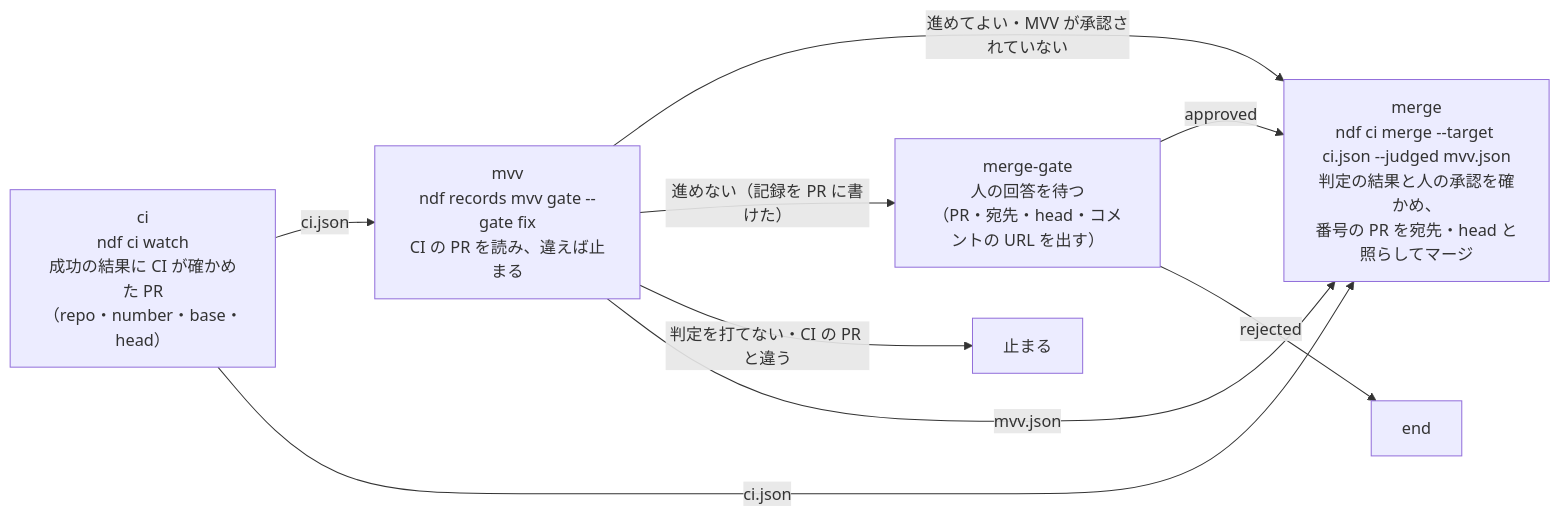
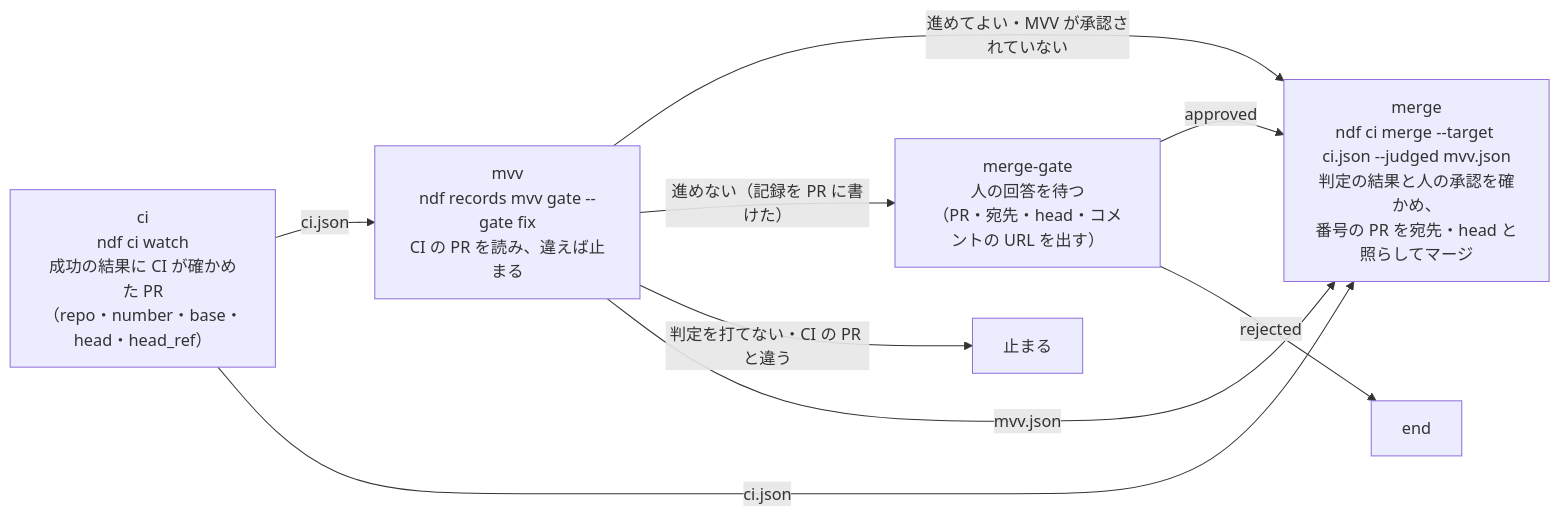
The second of 3 diagrams in issues/issue-4104-design.md (devbasex/ai-plugins), drawn with Mermaid before and after one commit. The commit also changed other lines of this file and 1 other file, not shown here.

````diff
--- a/issues/issue-4104-design.md
+++ b/issues/issue-4104-design.md
@@ -41,11 +41,11 @@
 ```mermaid
 flowchart LR
-  CI["ci<br/>ndf ci watch<br/>成功の結果に CI が確かめた PR<br/>（repo・number・base・head）"] -->|ci.json| J["mvv<br/>ndf records mvv gate --gate fix<br/>CI の PR を読み、違えば止まる"]
+  CI["ci<br/>ndf ci watch<br/>成功の結果に CI が確かめた PR<br/>（repo・number・base・head・head_ref）"] -->|ci.json| J["mvv<br/>ndf records mvv gate --gate fix<br/>CI の PR を読み、違えば止まる"]
   J -->|進めてよい・MVV が承認されていない| M["merge<br/>ndf ci merge --target ci.json --judged mvv.json<br/>判定の結果と人の承認を確かめ、<br/>番号の PR を宛先・head と照らしてマージ"]
   J -->|進めない（記録を PR に書けた）| G["merge-gate<br/>人の回答を待つ<br/>（PR・宛先・head・コメントの URL を出す）"]
   G -->|approved| M
   G -->|rejected| E["end"]
   J -->|判定を打てない・CI の PR と違う| S["止まる"]
   CI -->|ci.json| M
   J -->|mvv.json| M
 ```
````
